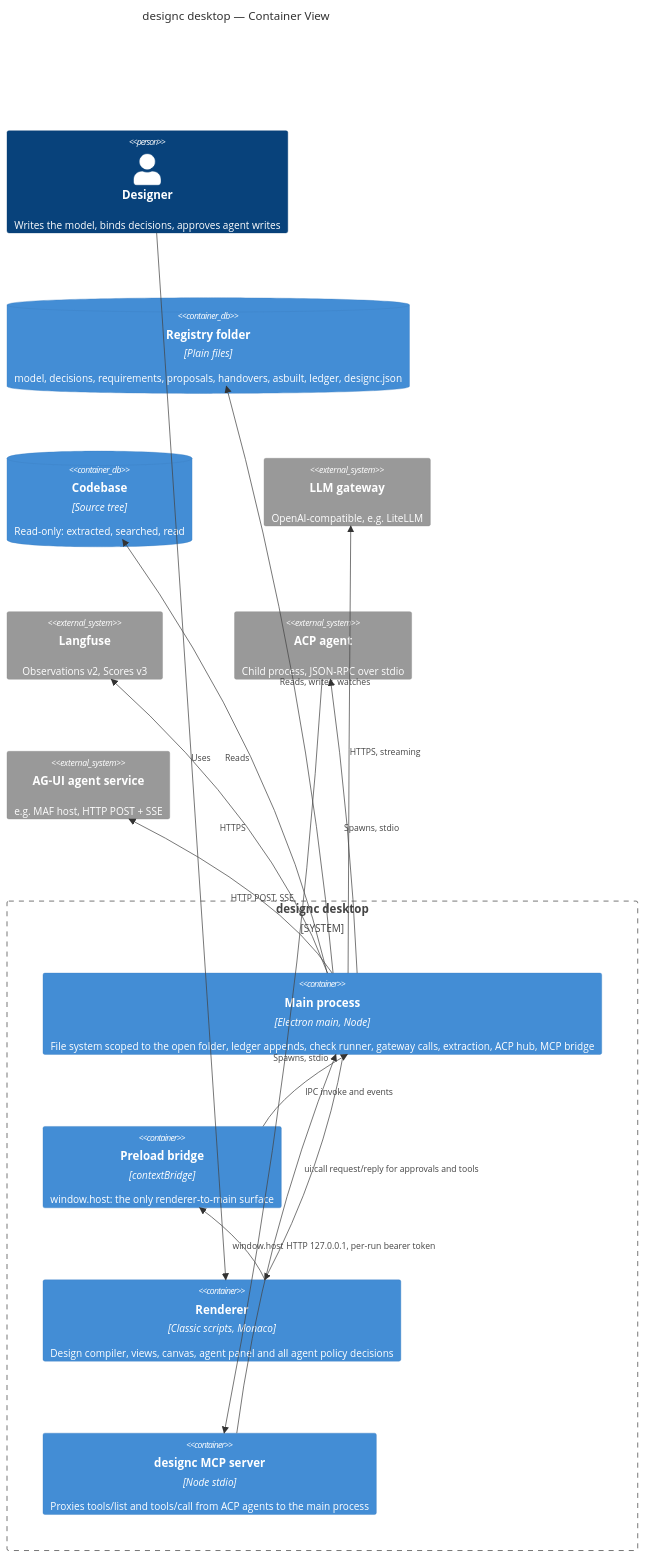
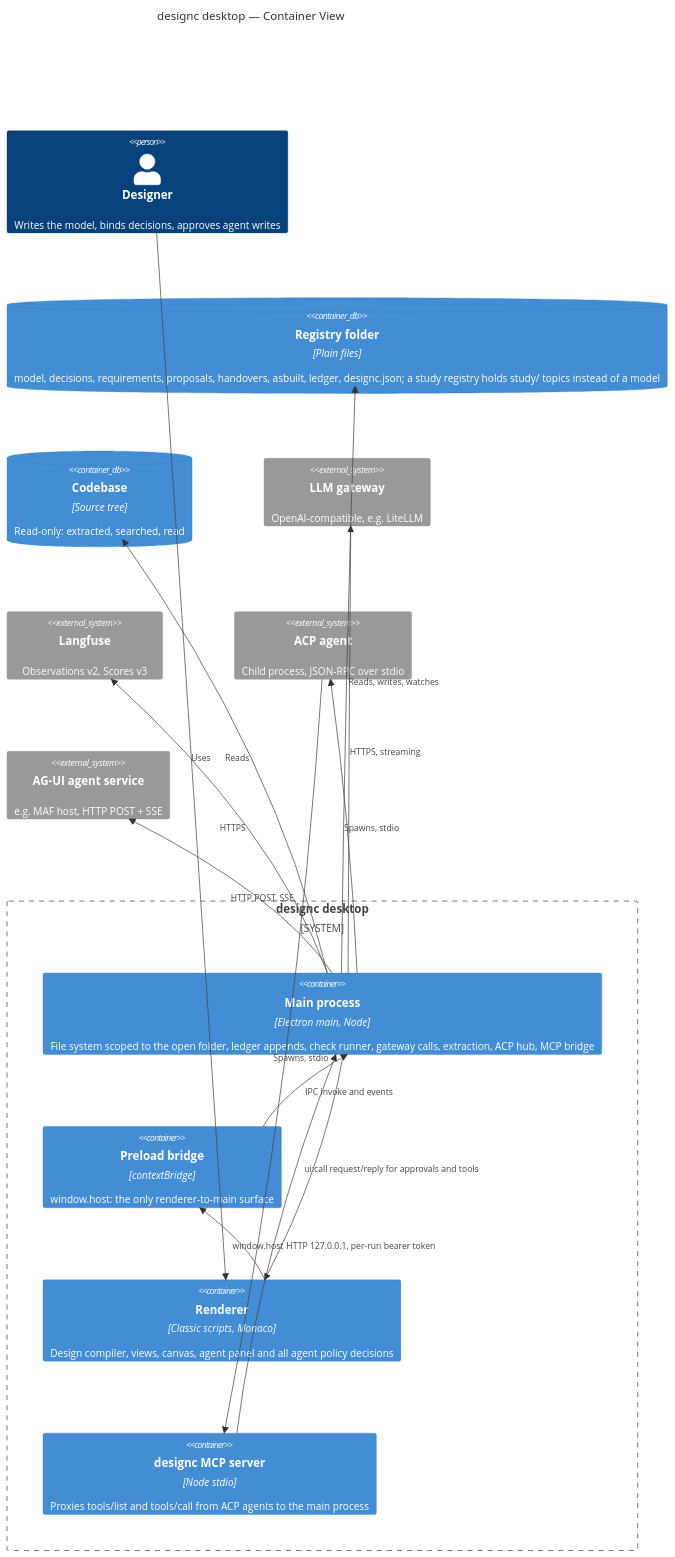
One commit to xMikeTR/designc changed the first of 2 diagrams in ARCHITECTURE.md. Above: the diagram before and after it, drawn with Mermaid. The commit also changed other lines of this file and 48 other files, not shown here.

````diff
--- a/ARCHITECTURE.md
+++ b/ARCHITECTURE.md
@@ -46,29 +46,29 @@
 ```mermaid
 C4Container
   title designc desktop — Container View
   Person(designer, "Designer", "Writes the model, binds decisions, approves agent writes")
   System_Boundary(app, "designc desktop") {
     Container(main, "Main process", "Electron main, Node", "File system scoped to the open folder, ledger appends, check runner, gateway calls, extraction, ACP hub, MCP bridge")
     Container(preload, "Preload bridge", "contextBridge", "window.host: the only renderer-to-main surface")
     Container(renderer, "Renderer", "Classic scripts, Monaco", "Design compiler, views, canvas, agent panel and all agent policy decisions")
     Container(mcp, "designc MCP server", "Node stdio", "Proxies tools/list and tools/call from ACP agents to the main process")
   }
-  ContainerDb(registry, "Registry folder", "Plain files", "model, decisions, requirements, proposals, handovers, asbuilt, ledger, designc.json")
+  ContainerDb(registry, "Registry folder", "Plain files", "model, decisions, requirements, proposals, handovers, asbuilt, ledger, designc.json; a study registry holds study/ topics instead of a model")
   ContainerDb(codebase, "Codebase", "Source tree", "Read-only: extracted, searched, read")
   System_Ext(gateway, "LLM gateway", "OpenAI-compatible, e.g. LiteLLM")
   System_Ext(langfuse, "Langfuse", "Observations v2, Scores v3")
   System_Ext(acp, "ACP agent", "Child process, JSON-RPC over stdio")
   System_Ext(agui, "AG-UI agent service", "e.g. MAF host, HTTP POST + SSE")
   Rel(designer, renderer, "Uses")
   Rel(renderer, preload, "window.host")
   Rel(preload, main, "IPC invoke and events")
   Rel(main, registry, "Reads, writes, watches")
   Rel(main, codebase, "Reads")
   Rel(main, gateway, "HTTPS, streaming")
   Rel(main, langfuse, "HTTPS")
   Rel(main, acp, "Spawns, stdio")
   Rel(main, agui, "HTTP POST, SSE")
   Rel(acp, mcp, "Spawns, stdio")
   Rel(mcp, main, "HTTP 127.0.0.1, per-run bearer token")
   Rel(main, renderer, "ui:call request/reply for approvals and tools")
 ```
````
